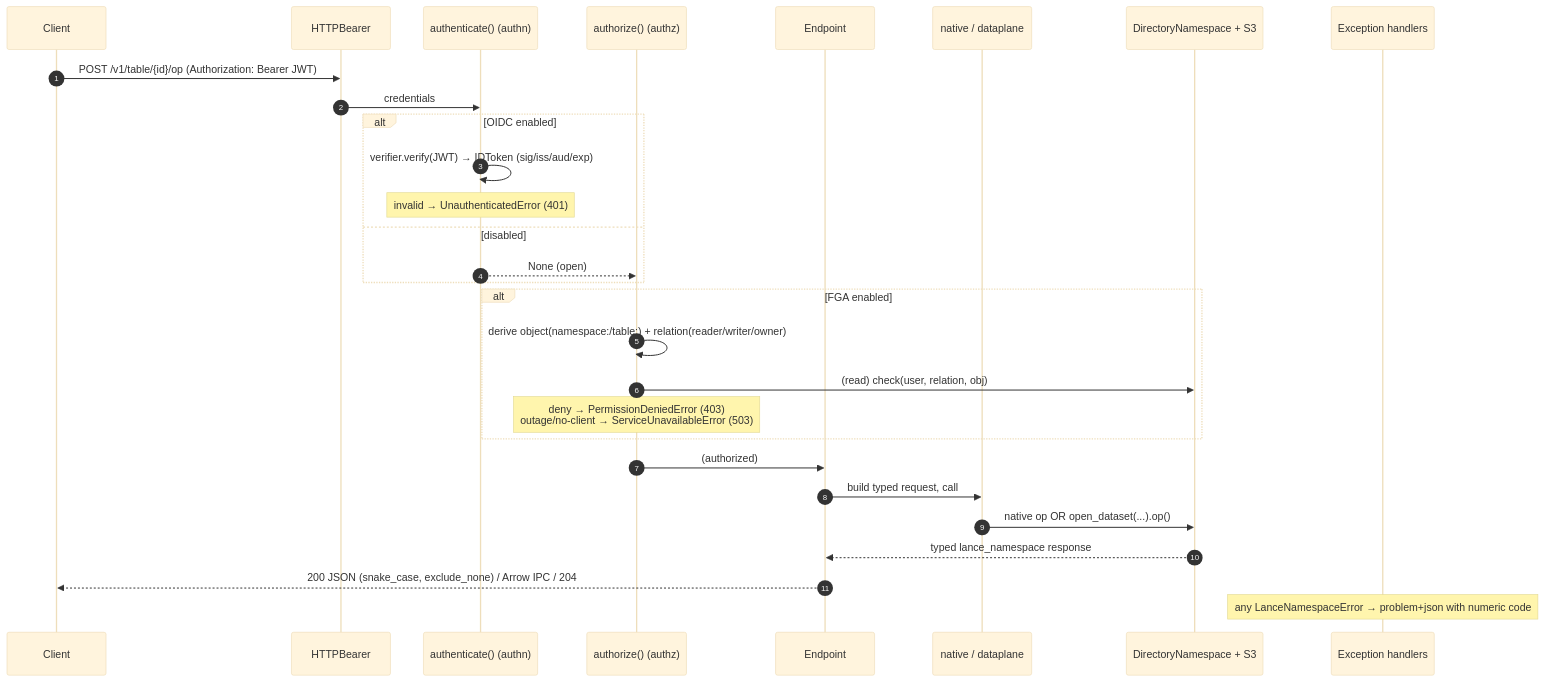
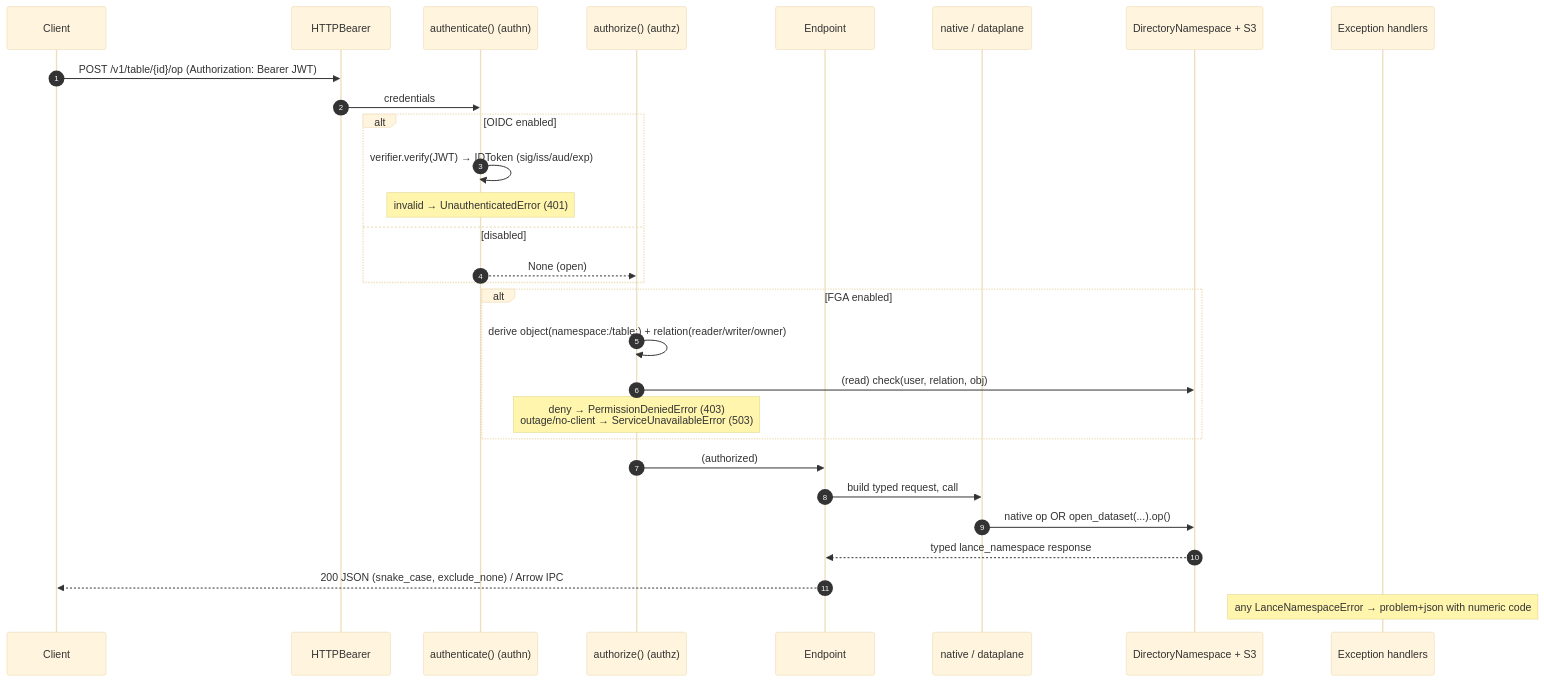
One commit to Borg93/lance-ns changed the second of 6 diagrams in README.md. Above: the diagram before and after it, drawn with Mermaid (base theme). The commit also changed 2 other files, not shown here.

Commit message:
docs: clear 3 stale 204/back-compat-alias residues (spec-0.9 cleanup)
Legacy-residue sweep found the code fully clean under the new-only policy;
only 3 prose/comment spots still described removed behavior:
- FEATURE-GAP.md: exists deviation marked fixed (endpoints return 200 now)
- README.md: dropped 204 from the response mermaid line
- test_api.py: removed the 'header stays as a back-compat alias' comment
  (the x-lance-table-properties alias was removed in 9ddb45d)

````diff
--- a/README.md
+++ b/README.md
@@ -77,32 +77,32 @@
 ```mermaid
 sequenceDiagram
     autonumber
     participant C as Client
     participant H as HTTPBearer
     participant AN as authenticate() (authn)
     participant AZ as authorize() (authz)
     participant E as Endpoint
     participant S as native / dataplane
     participant B as DirectoryNamespace + S3
     participant X as Exception handlers
 
     C->>H: POST /v1/table/{id}/op  (Authorization: Bearer JWT)
     H->>AN: credentials
     alt OIDC enabled
         AN->>AN: verifier.verify(JWT) → IDToken  (sig/iss/aud/exp)
         Note over AN: invalid → UnauthenticatedError (401)
     else disabled
         AN-->>AZ: None (open)
     end
     alt FGA enabled
         AZ->>AZ: derive object(namespace:/table:) + relation(reader/writer/owner)
         AZ->>B: (read) check(user, relation, obj)
         Note over AZ: deny → PermissionDeniedError (403)<br/>outage/no-client → ServiceUnavailableError (503)
     end
     AZ->>E: (authorized)
     E->>S: build typed request, call
     S->>B: native op  OR  open_dataset(...).op()
     B-->>E: typed lance_namespace response
-    E-->>C: 200 JSON (snake_case, exclude_none)  /  Arrow IPC  /  204
+    E-->>C: 200 JSON (snake_case, exclude_none)  /  Arrow IPC
     Note over X: any LanceNamespaceError → problem+json with numeric code
 ```
````
